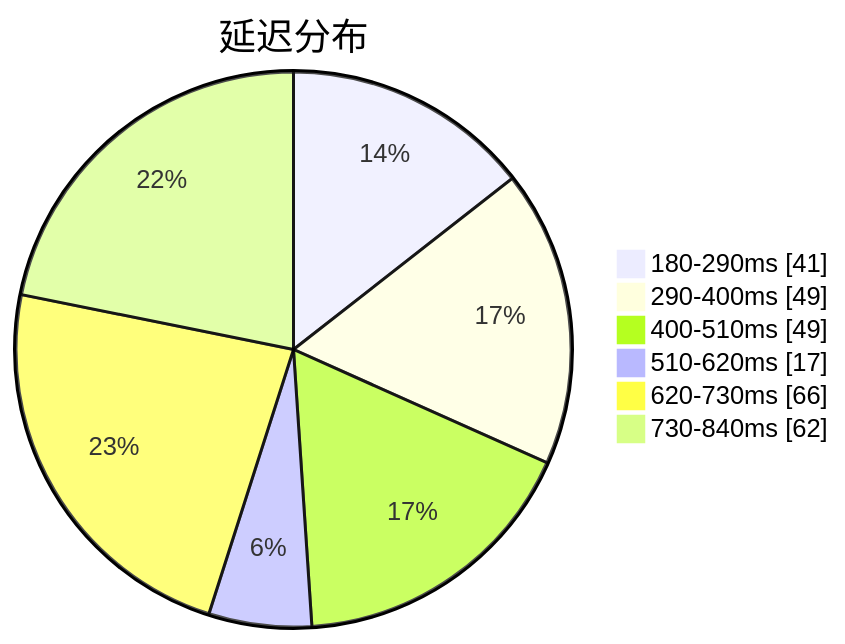
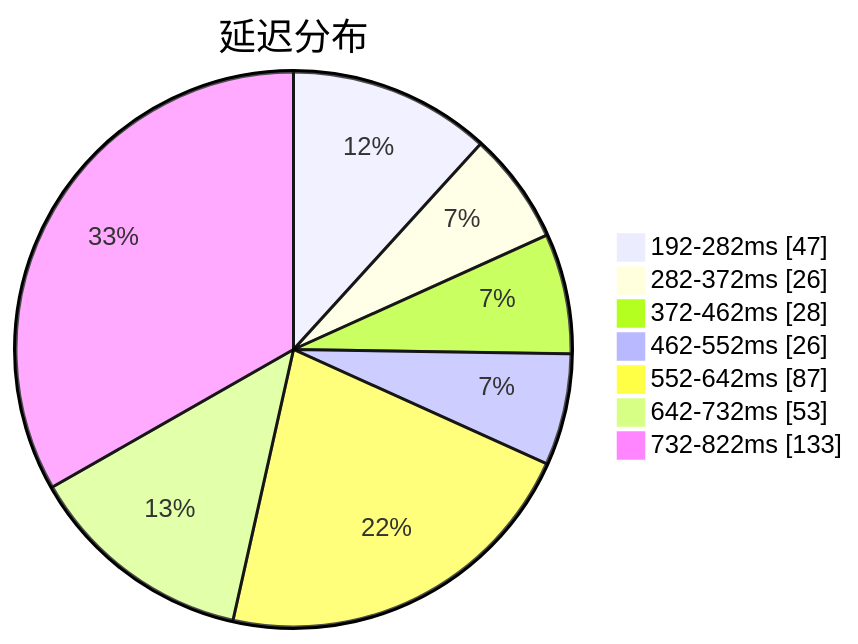
The first of 3 diagrams in subs/statistics/tested_within.md (qjlxg/airport), drawn with Mermaid before and after one commit. The commit also changed other lines of this file and 2 other files, not shown here.

Commit message:
Tested by metaST

````diff
--- a/subs/statistics/tested_within.md
+++ b/subs/statistics/tested_within.md
@@ -2,10 +2,11 @@
 ```mermaid
 pie showData
 title 延迟分布
-"180-290ms" : 41
-"290-400ms" : 49
-"400-510ms" : 49
-"510-620ms" : 17
-"620-730ms" : 66
-"730-840ms" : 62
+"192-282ms" : 47
+"282-372ms" : 26
+"372-462ms" : 28
+"462-552ms" : 26
+"552-642ms" : 87
+"642-732ms" : 53
+"732-822ms" : 133
 ```
````
